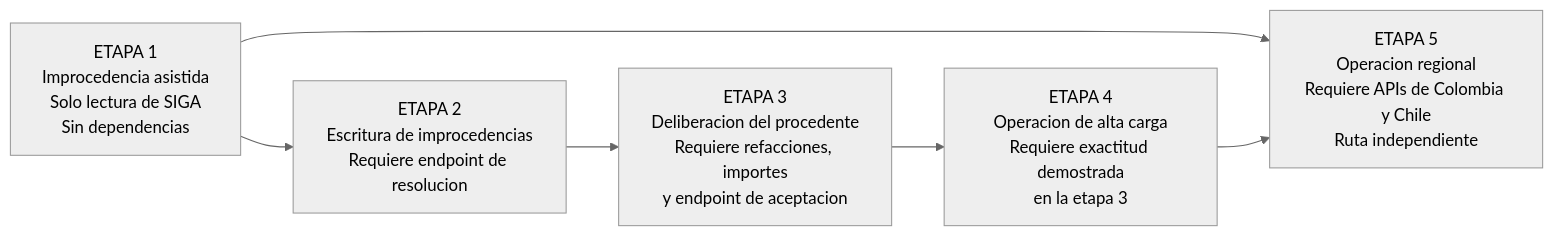
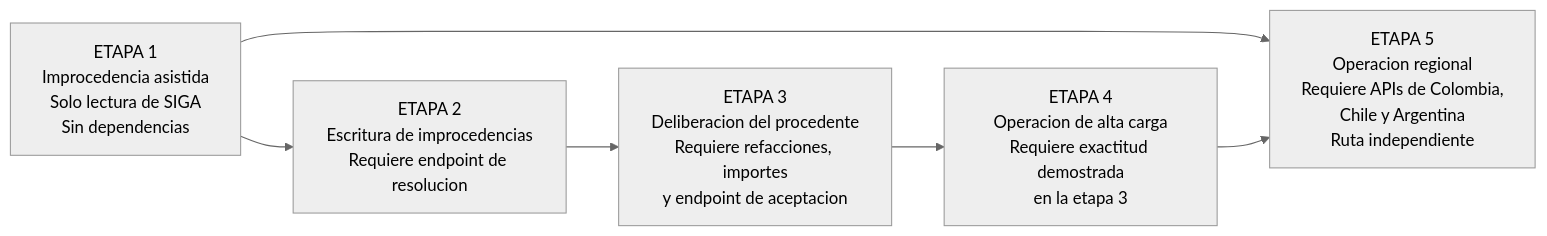
One commit to garantiplusmexico/enginecx_prd changed the sixth of 7 diagrams in Desarrollos_internos/PJ1544-copiloto-averias/PRD.md. Above: the diagram before and after it, drawn with Mermaid (neutral theme). The commit also changed other lines of this file and 5 other files, not shown here.

````diff
--- a/Desarrollos_internos/PJ1544-copiloto-averias/PRD.md
+++ b/Desarrollos_internos/PJ1544-copiloto-averias/PRD.md
@@ -344,8 +508,8 @@
 ```mermaid
 flowchart LR
     E1["ETAPA 1<br/>Improcedencia asistida<br/>Solo lectura de SIGA<br/>Sin dependencias"] --> E2["ETAPA 2<br/>Escritura de improcedencias<br/>Requiere endpoint de resolucion"]
     E2 --> E3["ETAPA 3<br/>Deliberacion del procedente<br/>Requiere refacciones, importes<br/>y endpoint de aceptacion"]
     E3 --> E4["ETAPA 4<br/>Operacion de alta carga<br/>Requiere exactitud demostrada<br/>en la etapa 3"]
-    E1 --> E5["ETAPA 5<br/>Operacion regional<br/>Requiere APIs de Colombia y Chile<br/>Ruta independiente"]
+    E1 --> E5["ETAPA 5<br/>Operacion regional<br/>Requiere APIs de Colombia,<br/>Chile y Argentina<br/>Ruta independiente"]
     E4 --> E5
 ```
````
